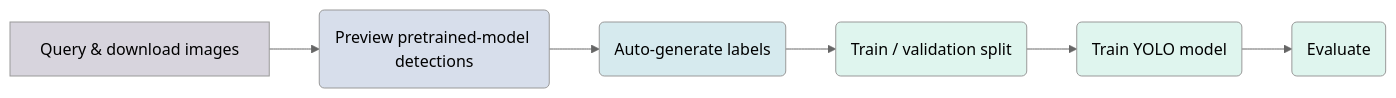
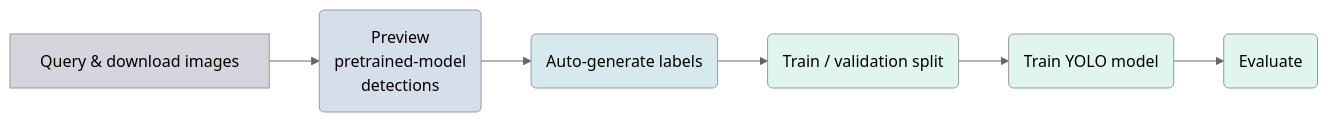
Before and after one commit to maRce10/suwo_publication: the diagram in scripts/mink_detection_analysis.qmd, drawn with Mermaid (neutral theme). The commit also changed other lines of this file and 18 other files, not shown here.

````diff
--- a/scripts/mink_detection_analysis.qmd
+++ b/scripts/mink_detection_analysis.qmd
@@ -82,17 +86,17 @@
 ```{mermaid}
 
 flowchart LR
-  A[Query & download images] --> B(Preview pretrained-model detections)
+  A[Query & download images] --> B("Preview</br>pretrained-model</br>detections")
   B --> C(Auto-generate labels)
   C --> D(Train / validation split)
   D --> E(Train YOLO model)
   E --> F(Evaluate)
 
 style A fill:#382A5433
 style B fill:#395D9C33
 style C fill:#3497A933
 style D fill:#60CEAC33
 style E fill:#60CEAC33
 style F fill:#60CEAC33
 
 ```
````
